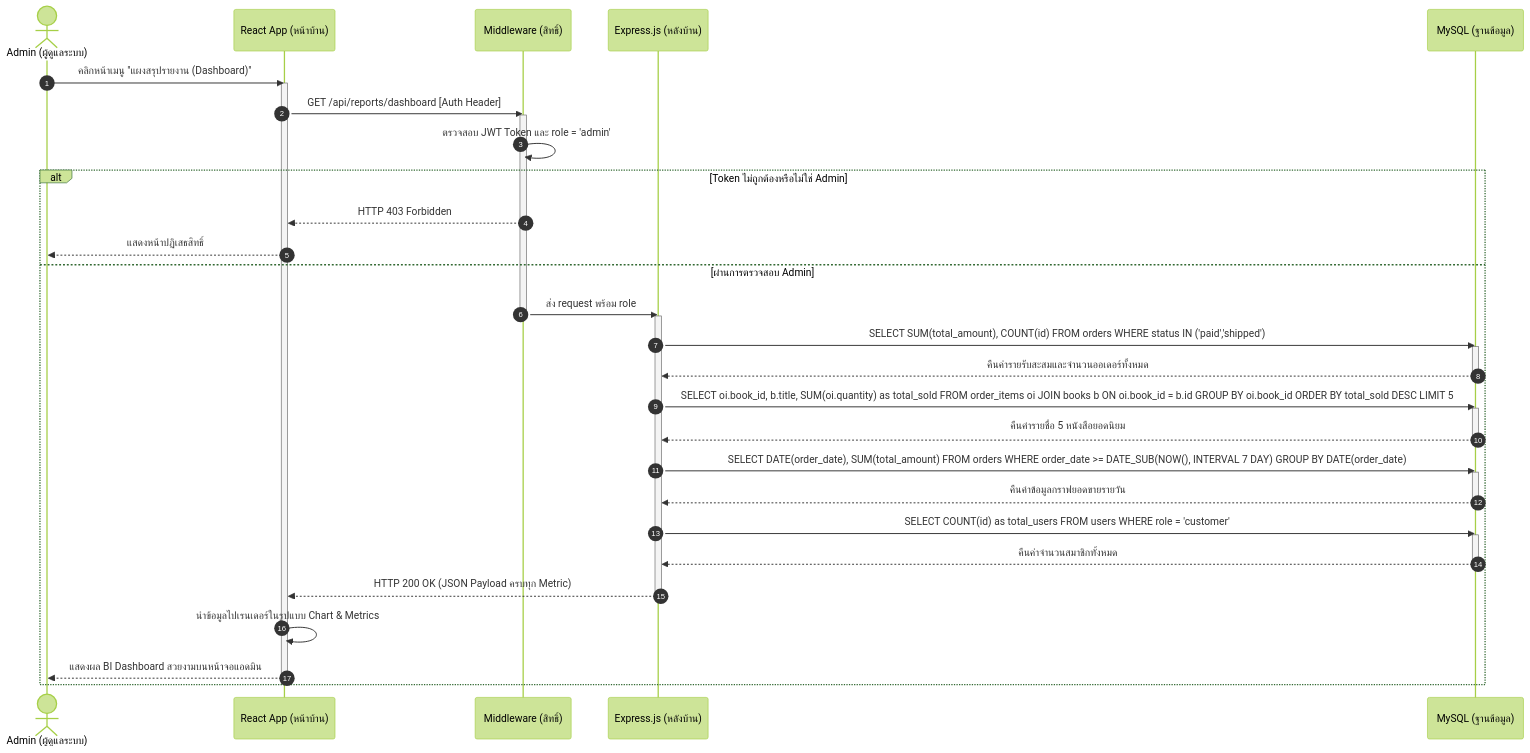
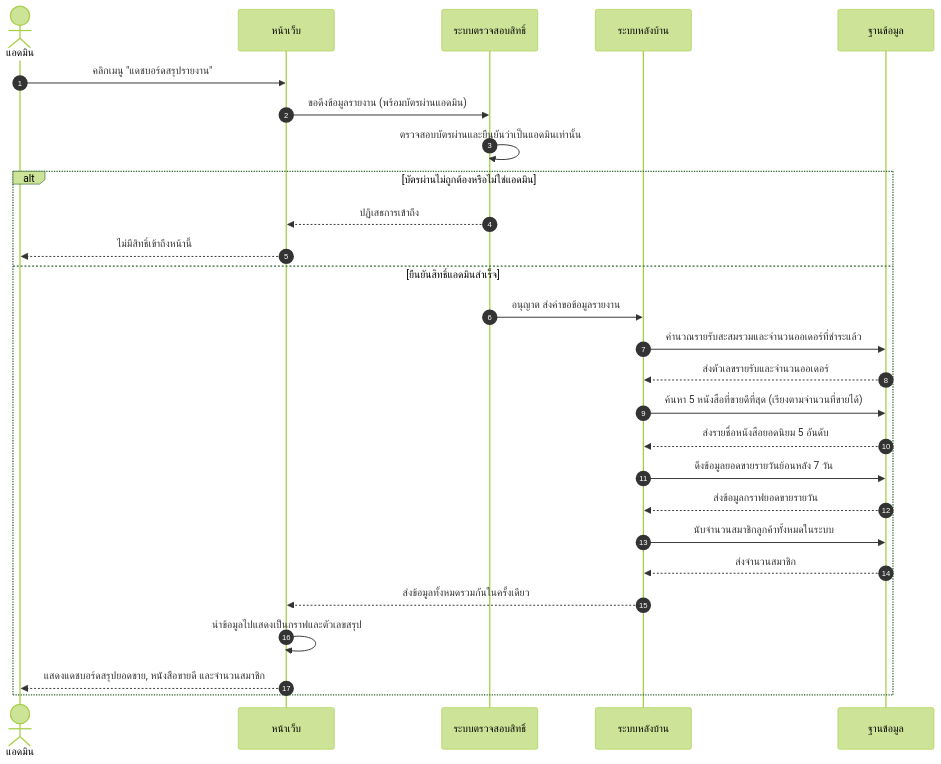
Before and after one commit to SupvichSpuGM/online-bookstore: diagram 11 of 11 in diagram/workshop4.md, drawn with Mermaid (forest theme). The commit also changed other lines of this file and 1 other file, not shown here.

````diff
--- a/diagram/workshop4.md
+++ b/diagram/workshop4.md
@@ -740,44 +654,30 @@
 ```mermaid
 sequenceDiagram
-            autonumber
-            actor Admin as Admin (ผู้ดูแลระบบ)
-            participant Client as React App (หน้าบ้าน)
-            participant AuthMW as Middleware (สิทธิ์)
-            participant API as Express.js (หลังบ้าน)
-            participant DB as MySQL (ฐานข้อมูล)
+    autonumber
+    actor Admin as แอดมิน
+    participant Web as หน้าเว็บ
+    participant Guard as ระบบตรวจสอบสิทธิ์
+    participant App as ระบบหลังบ้าน
+    participant DB as ฐานข้อมูล
 
-            Admin->>Client: คลิกหน้าเมนู "แผงสรุปรายงาน (Dashboard)"
-            activate Client
-            Client->>AuthMW: GET /api/reports/dashboard [Auth Header]
-            activate AuthMW
-            AuthMW->>AuthMW: ตรวจสอบ JWT Token และ role = 'admin'
-            alt Token ไม่ถูกต้องหรือไม่ใช่ Admin
-                AuthMW-->>Client: HTTP 403 Forbidden
-                Client-->>Admin: แสดงหน้าปฏิเสธสิทธิ์
-            else ผ่านการตรวจสอบ Admin
-                AuthMW->>API: ส่ง request พร้อม role
-                deactivate AuthMW
-                activate API
-                API->>DB: SELECT SUM(total_amount), COUNT(id) FROM orders WHERE status IN ('paid','shipped')
-                activate DB
-                DB-->>API: คืนค่ารายรับสะสมและจำนวนออเดอร์ทั้งหมด
-                deactivate DB
-                API->>DB: SELECT oi.book_id, b.title, SUM(oi.quantity) as total_sold FROM order_items oi JOIN books b ON oi.book_id = b.id GROUP BY oi.book_id ORDER BY total_sold DESC LIMIT 5
-                activate DB
-                DB-->>API: คืนค่ารายชื่อ 5 หนังสือยอดนิยม
-                deactivate DB
-                API->>DB: SELECT DATE(order_date), SUM(total_amount) FROM orders WHERE order_date >= DATE_SUB(NOW(), INTERVAL 7 DAY) GROUP BY DATE(order_date)
-                activate DB
-                DB-->>API: คืนค่าข้อมูลกราฟยอดขายรายวัน
-                deactivate DB
-                API->>DB: SELECT COUNT(id) as total_users FROM users WHERE role = 'customer'
-                activate DB
-                DB-->>API: คืนค่าจำนวนสมาชิกทั้งหมด
-                deactivate DB
-                API-->>Client: HTTP 200 OK (JSON Payload ครบทุก Metric)
-                deactivate API
-                Client->>Client: นำข้อมูลไปเรนเดอร์ในรูปแบบ Chart & Metrics
-                Client-->>Admin: แสดงผล BI Dashboard สวยงามบนหน้าจอแอดมิน
-            end
-            deactivate Client
+    Admin->>Web: คลิกเมนู "แดชบอร์ดสรุปรายงาน"
+    Web->>Guard: ขอดึงข้อมูลรายงาน (พร้อมบัตรผ่านแอดมิน)
+    Guard->>Guard: ตรวจสอบบัตรผ่านและยืนยันว่าเป็นแอดมินเท่านั้น
+    alt บัตรผ่านไม่ถูกต้องหรือไม่ใช่แอดมิน
+        Guard-->>Web: ปฏิเสธการเข้าถึง
+        Web-->>Admin: ไม่มีสิทธิ์เข้าถึงหน้านี้
+    else ยืนยันสิทธิ์แอดมินสำเร็จ
+        Guard->>App: อนุญาต ส่งคำขอข้อมูลรายงาน
+        App->>DB: คำนวณรายรับสะสมรวมและจำนวนออเดอร์ที่ชำระแล้ว
+        DB-->>App: ส่งตัวเลขรายรับและจำนวนออเดอร์
+        App->>DB: ค้นหา 5 หนังสือที่ขายดีที่สุด (เรียงตามจำนวนที่ขายได้)
+        DB-->>App: ส่งรายชื่อหนังสือยอดนิยม 5 อันดับ
+        App->>DB: ดึงข้อมูลยอดขายรายวันย้อนหลัง 7 วัน
+        DB-->>App: ส่งข้อมูลกราฟยอดขายรายวัน
+        App->>DB: นับจำนวนสมาชิกลูกค้าทั้งหมดในระบบ
+        DB-->>App: ส่งจำนวนสมาชิก
+        App-->>Web: ส่งข้อมูลทั้งหมดรวมกันในครั้งเดียว
+        Web->>Web: นำข้อมูลไปแสดงเป็นกราฟและตัวเลขสรุป
+        Web-->>Admin: แสดงแดชบอร์ดสรุปยอดขาย, หนังสือขายดี และจำนวนสมาชิก
+    end
 ```
````
